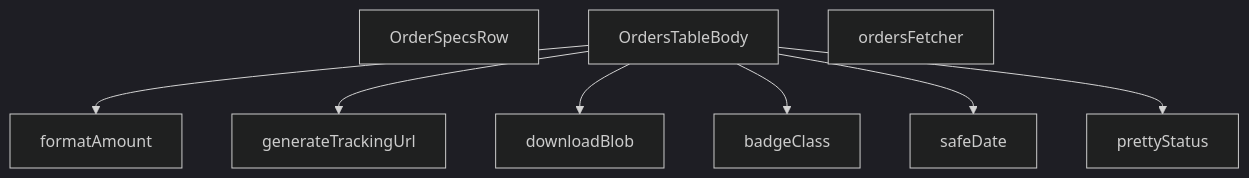
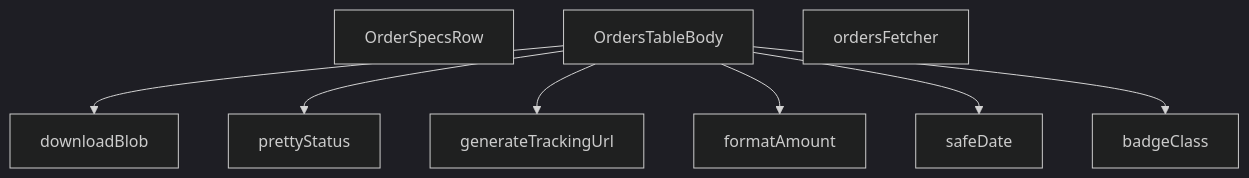
Before and after one commit to peckop/venthub-hvac-esite: the diagram in src/views/admin/OrdersTableBody.md, drawn with Mermaid (dark theme). The commit also changed other lines of this file and 429 other files, not shown here.

````diff
--- a/src/views/admin/OrdersTableBody.md
+++ b/src/views/admin/OrdersTableBody.md
@@ -410,18 +410,18 @@
 ```mermaid
 graph TD
     OrdersTableBody_tsx__OrderSpecsRow["OrderSpecsRow"]
     OrdersTableBody_tsx__OrdersTableBody["OrdersTableBody"]
     OrdersTableBody_tsx__badgeClass["badgeClass"]
     OrdersTableBody_tsx__downloadBlob["downloadBlob"]
     OrdersTableBody_tsx__formatAmount["formatAmount"]
     OrdersTableBody_tsx__generateTrackingUrl["generateTrackingUrl"]
     OrdersTableBody_tsx__ordersFetcher["ordersFetcher"]
     OrdersTableBody_tsx__prettyStatus["prettyStatus"]
     OrdersTableBody_tsx__safeDate["safeDate"]
+    OrdersTableBody_tsx__OrdersTableBody --> OrdersTableBody_tsx__downloadBlob
+    OrdersTableBody_tsx__OrdersTableBody --> OrdersTableBody_tsx__prettyStatus
+    OrdersTableBody_tsx__OrdersTableBody --> OrdersTableBody_tsx__generateTrackingUrl
     OrdersTableBody_tsx__OrdersTableBody --> OrdersTableBody_tsx__formatAmount
-    OrdersTableBody_tsx__OrdersTableBody --> OrdersTableBody_tsx__generateTrackingUrl
-    OrdersTableBody_tsx__OrdersTableBody --> OrdersTableBody_tsx__downloadBlob
+    OrdersTableBody_tsx__OrdersTableBody --> OrdersTableBody_tsx__safeDate
     OrdersTableBody_tsx__OrdersTableBody --> OrdersTableBody_tsx__badgeClass
-    OrdersTableBody_tsx__OrdersTableBody --> OrdersTableBody_tsx__safeDate
-    OrdersTableBody_tsx__OrdersTableBody --> OrdersTableBody_tsx__prettyStatus
 ```
````
